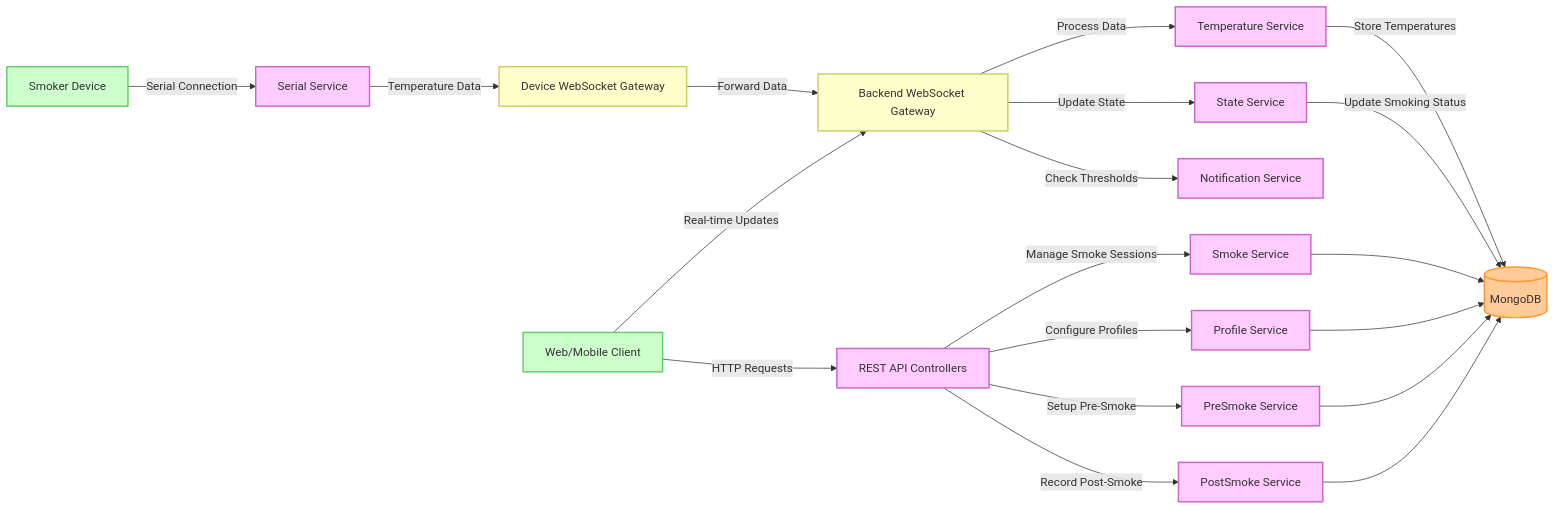
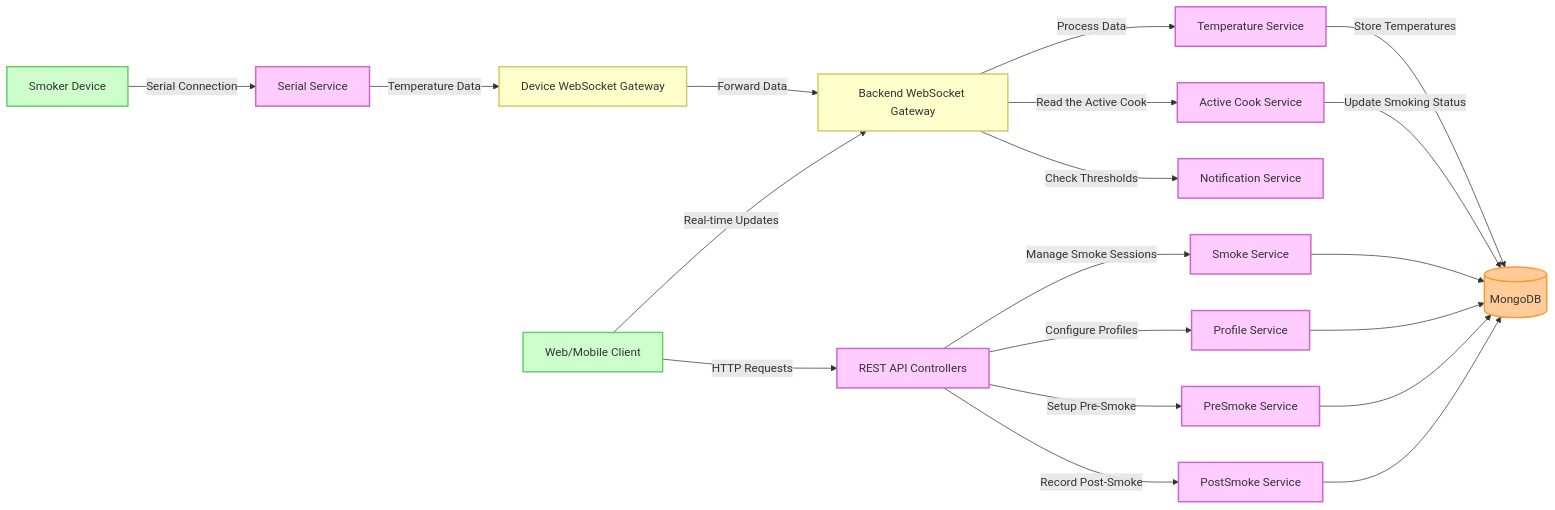
Before and after one commit to benjr70/Smart-Smoker-V2: the third of 3 diagrams in docs/Backend/backend-architecture.md, drawn with Mermaid. The commit also changed other lines of this file and 32 other files, not shown here.

First line of the commit message:
feat(backend): delete the leftovers — State module, current-smoke helper, raw state routes (#754) (#776)

````diff
--- a/docs/Backend/backend-architecture.md
+++ b/docs/Backend/backend-architecture.md
@@ -74,37 +74,37 @@
 ```mermaid
 graph LR
     Device[Smoker Device] -->|Serial Connection| SerialService[Serial Service]
     SerialService -->|Temperature Data| DeviceWebSocket[Device WebSocket Gateway]
     DeviceWebSocket -->|Forward Data| BackendWebSocket[Backend WebSocket Gateway]
     
     BackendWebSocket -->|Process Data| TempService[Temperature Service]
-    BackendWebSocket -->|Update State| StateService[State Service]
+    BackendWebSocket -->|Read the Active Cook| ActiveCookService[Active Cook Service]
     BackendWebSocket -->|Check Thresholds| NotificationService[Notification Service]
     
     TempService -->|Store Temperatures| Database[(MongoDB)]
-    StateService -->|Update Smoking Status| Database
+    ActiveCookService -->|Update Smoking Status| Database
     
     Client[Web/Mobile Client] -->|HTTP Requests| API[REST API Controllers]
     Client -->|Real-time Updates| BackendWebSocket
     
     API -->|Manage Smoke Sessions| SmokeService[Smoke Service]
     API -->|Configure Profiles| ProfileService[Profile Service]
     API -->|Setup Pre-Smoke| PreSmokeService[PreSmoke Service]
     API -->|Record Post-Smoke| PostSmokeService[PostSmoke Service]
     
     SmokeService --> Database
     ProfileService --> Database
     PreSmokeService --> Database
     PostSmokeService --> Database
     
     classDef external fill:#ccffcc,stroke:#66cc66,stroke-width:2px;
     classDef service fill:#ffccff,stroke:#cc66cc,stroke-width:2px;
     classDef data fill:#ffcc99,stroke:#ff9933,stroke-width:2px;
     classDef gateway fill:#ffffcc,stroke:#cccc66,stroke-width:2px;
     
     class Device,Client external;
-    class SerialService,TempService,StateService,NotificationService,SmokeService,ProfileService,PreSmokeService,PostSmokeService service;
+    class SerialService,TempService,ActiveCookService,NotificationService,SmokeService,ProfileService,PreSmokeService,PostSmokeService service;
     class Database data;
     class API service;
     class DeviceWebSocket,BackendWebSocket gateway;
 ```
````
